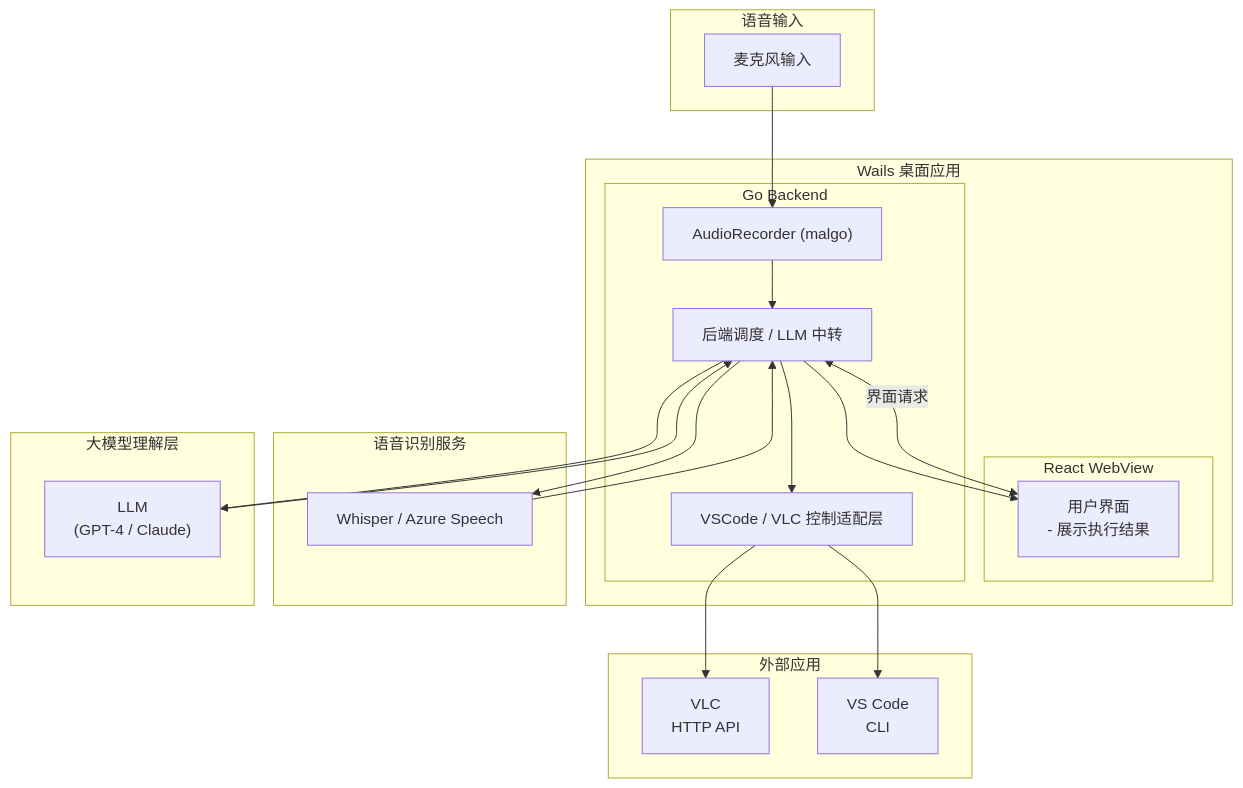
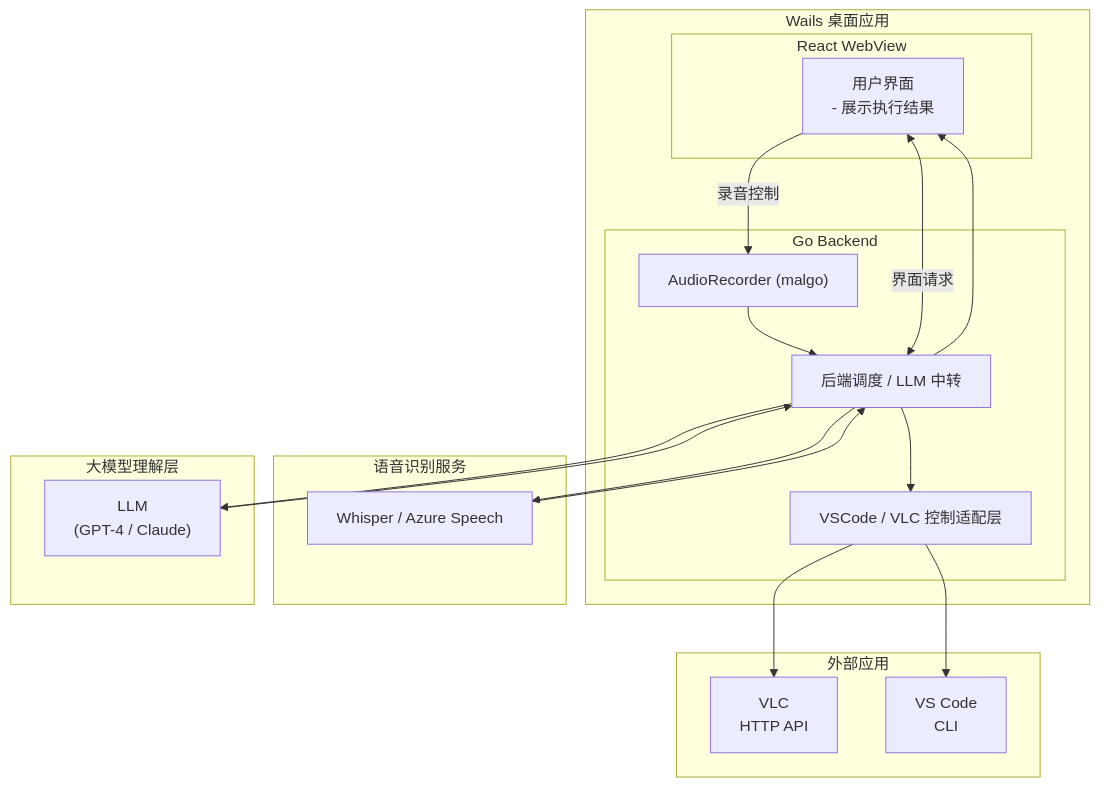
Before and after one commit to yixianOu/ai-voice-ctrl: the diagram in QUICKSTART.md, drawn with Mermaid.

Commit message:
refactor: 移除语音输入子图，调整架构图以简化录音控制流程

````diff
--- a/QUICKSTART.md
+++ b/QUICKSTART.md
@@ -7,44 +7,40 @@
 ```mermaid
 flowchart TB
-    subgraph Speech[语音输入]
-        Mic["麦克风输入"]
-    end
-
     subgraph Wails[Wails 桌面应用]
         subgraph UI[React WebView]
             View["用户界面<br/>- 展示执行结果"]
         end
 
         subgraph Backend[Go Backend]
             Recorder["AudioRecorder (malgo)"]
             Relay["后端调度 / LLM 中转"]
             Adapter["VSCode / VLC 控制适配层"]
         end
     end
 
     subgraph STTService[语音识别服务]
         STT["Whisper / Azure Speech"]
     end
 
     subgraph LLM[大模型理解层]
         GPT["LLM<br/>(GPT-4 / Claude)"]
     end
 
     subgraph Clients[外部应用]
         VLC["VLC<br/>HTTP API"]
         VSCode["VS Code<br/>CLI"]
     end
 
-    Mic --> Recorder
+    View -->|录音控制| Recorder
     Recorder --> Relay
     Relay --> STT
     STT --> Relay
     Relay --> GPT
     GPT --> Relay
 
     View <-->|界面请求| Relay
     Relay --> Adapter
     Adapter --> VLC
     Adapter --> VSCode
     Relay --> View
 ```
````
